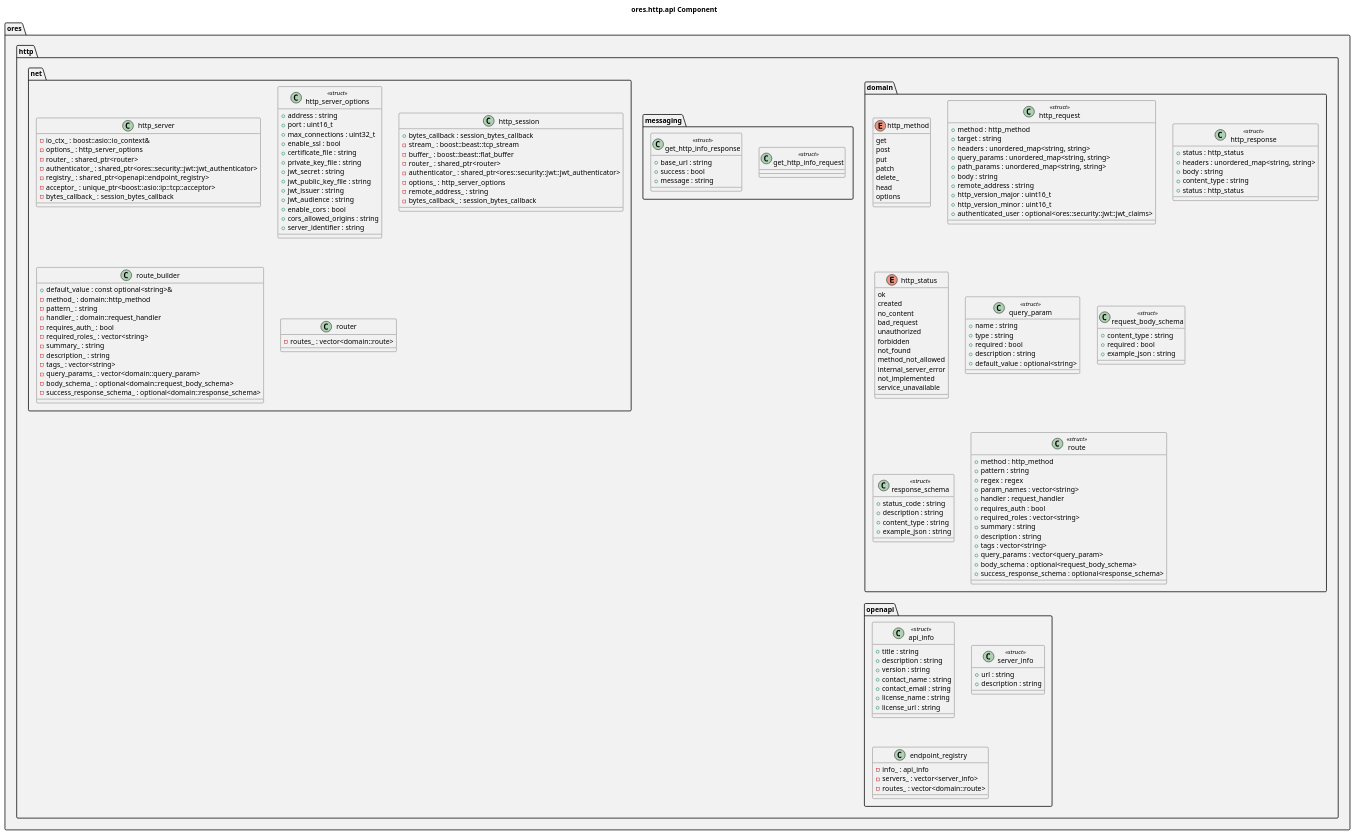
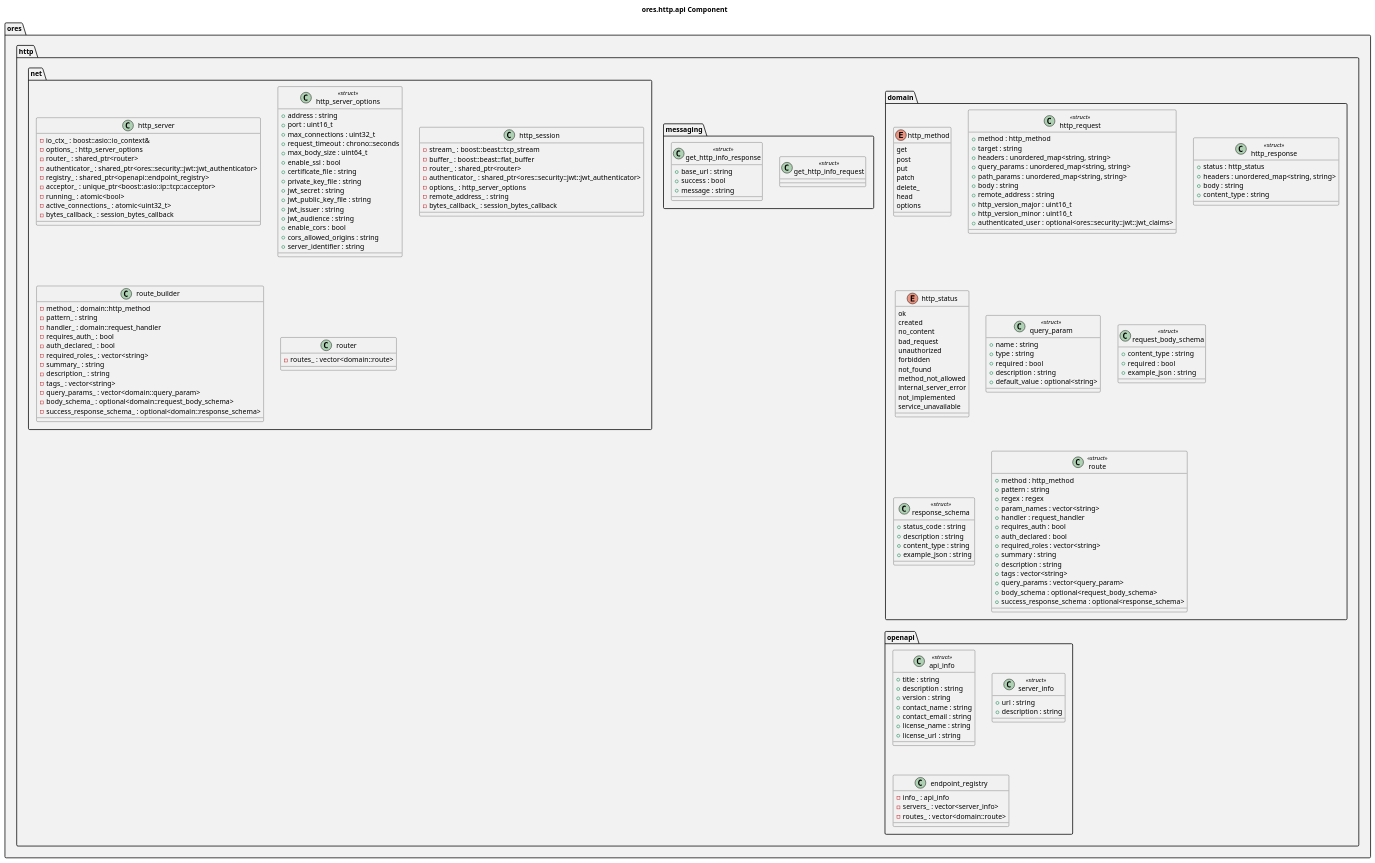
The diagram in projects/ores.http/api/modeling/ores.http.api.puml (OreStudio/OreStudio), drawn with PlantUML before and after one commit. The commit also changed 36 other files, not shown here.

```diff
--- a/projects/ores.http/api/modeling/ores.http.api.puml
+++ b/projects/ores.http/api/modeling/ores.http.api.puml
@@ -18,175 +18,178 @@
 @startuml
 
 title ores.http.api Component
 
 set namespaceSeparator ::
 
 namespace ores #F2F2F2 {
     namespace http #F2F2F2 {
         namespace domain #F2F2F2 {
             enum http_method {
                 get
                 post
                 put
                 patch
                 delete_
                 head
                 options
             }
             class http_request <<struct>> {
                 +method : http_method
                 +target : string
                 +headers : unordered_map<string, string>
                 +query_params : unordered_map<string, string>
                 +path_params : unordered_map<string, string>
                 +body : string
                 +remote_address : string
                 +http_version_major : uint16_t
                 +http_version_minor : uint16_t
                 +authenticated_user : optional<ores::security::jwt::jwt_claims>
             }
             class http_response <<struct>> {
                 +status : http_status
                 +headers : unordered_map<string, string>
                 +body : string
                 +content_type : string
-                +status : http_status
             }
             enum http_status {
                 ok
                 created
                 no_content
                 bad_request
                 unauthorized
                 forbidden
                 not_found
                 method_not_allowed
                 internal_server_error
                 not_implemented
                 service_unavailable
             }
             class query_param <<struct>> {
                 +name : string
                 +type : string
                 +required : bool
                 +description : string
                 +default_value : optional<string>
             }
             class request_body_schema <<struct>> {
                 +content_type : string
                 +required : bool
                 +example_json : string
             }
             class response_schema <<struct>> {
                 +status_code : string
                 +description : string
                 +content_type : string
                 +example_json : string
             }
             class route <<struct>> {
                 +method : http_method
                 +pattern : string
                 +regex : regex
                 +param_names : vector<string>
                 +handler : request_handler
                 +requires_auth : bool
+                +auth_declared : bool
                 +required_roles : vector<string>
                 +summary : string
                 +description : string
                 +tags : vector<string>
                 +query_params : vector<query_param>
                 +body_schema : optional<request_body_schema>
                 +success_response_schema : optional<response_schema>
             }
         }
         namespace messaging #F2F2F2 {
             class get_http_info_request <<struct>> {
             }
             class get_http_info_response <<struct>> {
                 +base_url : string
                 +success : bool
                 +message : string
             }
         }
         namespace net #F2F2F2 {
             class http_server {
                 -io_ctx_ : boost::asio::io_context&
                 -options_ : http_server_options
                 -router_ : shared_ptr<router>
                 -authenticator_ : shared_ptr<ores::security::jwt::jwt_authenticator>
                 -registry_ : shared_ptr<openapi::endpoint_registry>
                 -acceptor_ : unique_ptr<boost::asio::ip::tcp::acceptor>
+                -running_ : atomic<bool>
+                -active_connections_ : atomic<uint32_t>
                 -bytes_callback_ : session_bytes_callback
             }
             class http_server_options <<struct>> {
                 +address : string
                 +port : uint16_t
                 +max_connections : uint32_t
+                +request_timeout : chrono::seconds
+                +max_body_size : uint64_t
                 +enable_ssl : bool
                 +certificate_file : string
                 +private_key_file : string
                 +jwt_secret : string
                 +jwt_public_key_file : string
                 +jwt_issuer : string
                 +jwt_audience : string
                 +enable_cors : bool
                 +cors_allowed_origins : string
                 +server_identifier : string
             }
             class http_session {
-                +bytes_callback : session_bytes_callback
                 -stream_ : boost::beast::tcp_stream
                 -buffer_ : boost::beast::flat_buffer
                 -router_ : shared_ptr<router>
                 -authenticator_ : shared_ptr<ores::security::jwt::jwt_authenticator>
                 -options_ : http_server_options
                 -remote_address_ : string
                 -bytes_callback_ : session_bytes_callback
             }
             class route_builder {
-                +default_value : const optional<string>&
                 -method_ : domain::http_method
                 -pattern_ : string
                 -handler_ : domain::request_handler
                 -requires_auth_ : bool
+                -auth_declared_ : bool
                 -required_roles_ : vector<string>
                 -summary_ : string
                 -description_ : string
                 -tags_ : vector<string>
                 -query_params_ : vector<domain::query_param>
                 -body_schema_ : optional<domain::request_body_schema>
                 -success_response_schema_ : optional<domain::response_schema>
             }
             class router {
                 -routes_ : vector<domain::route>
             }
         }
         namespace openapi #F2F2F2 {
             class api_info <<struct>> {
                 +title : string
                 +description : string
                 +version : string
                 +contact_name : string
                 +contact_email : string
                 +license_name : string
                 +license_url : string
             }
             class server_info <<struct>> {
                 +url : string
                 +description : string
             }
             class endpoint_registry {
                 -info_ : api_info
                 -servers_ : vector<server_info>
                 -routes_ : vector<domain::route>
             }
         }
     }
 }
 
 ' --- manual: everything below this line is hand-authored; the script preserves it ---
 
 ' Local Variables:
 ' compile-command: "java -Djava.awt.headless=true -DPLANTUML_SECURITY_PROFILE=UNSECURE -DPLANTUML_LIMIT_SIZE=65535 -jar /usr/share/plantuml/plantuml.jar ores.http.api.puml"
 ' End:
 @enduml
```
